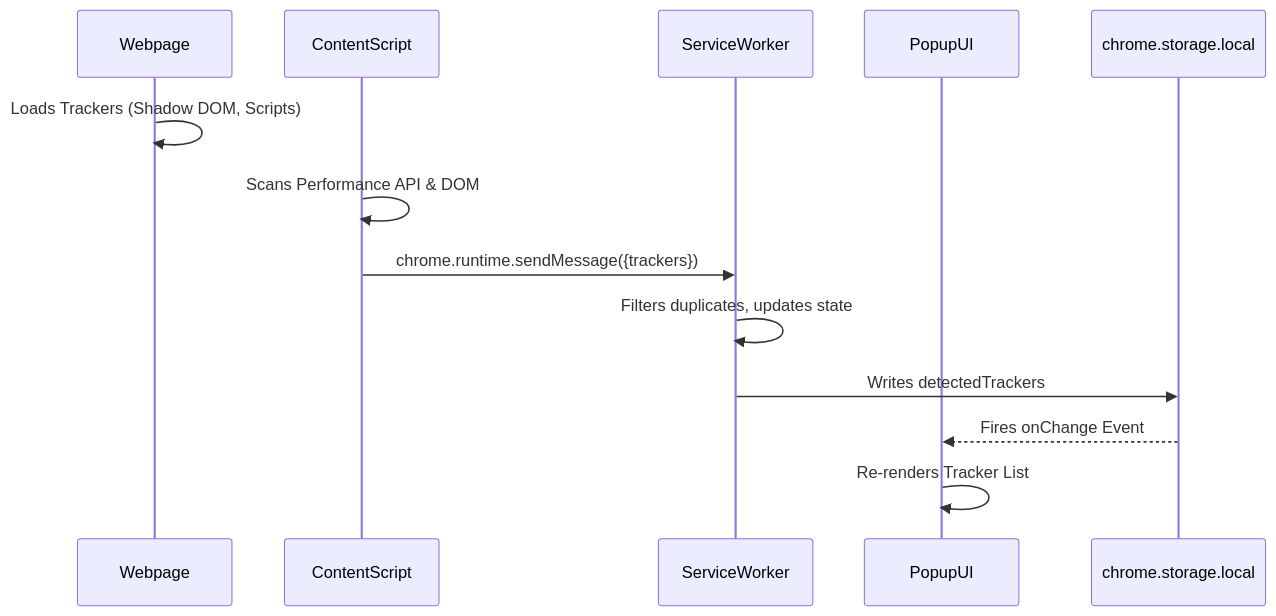
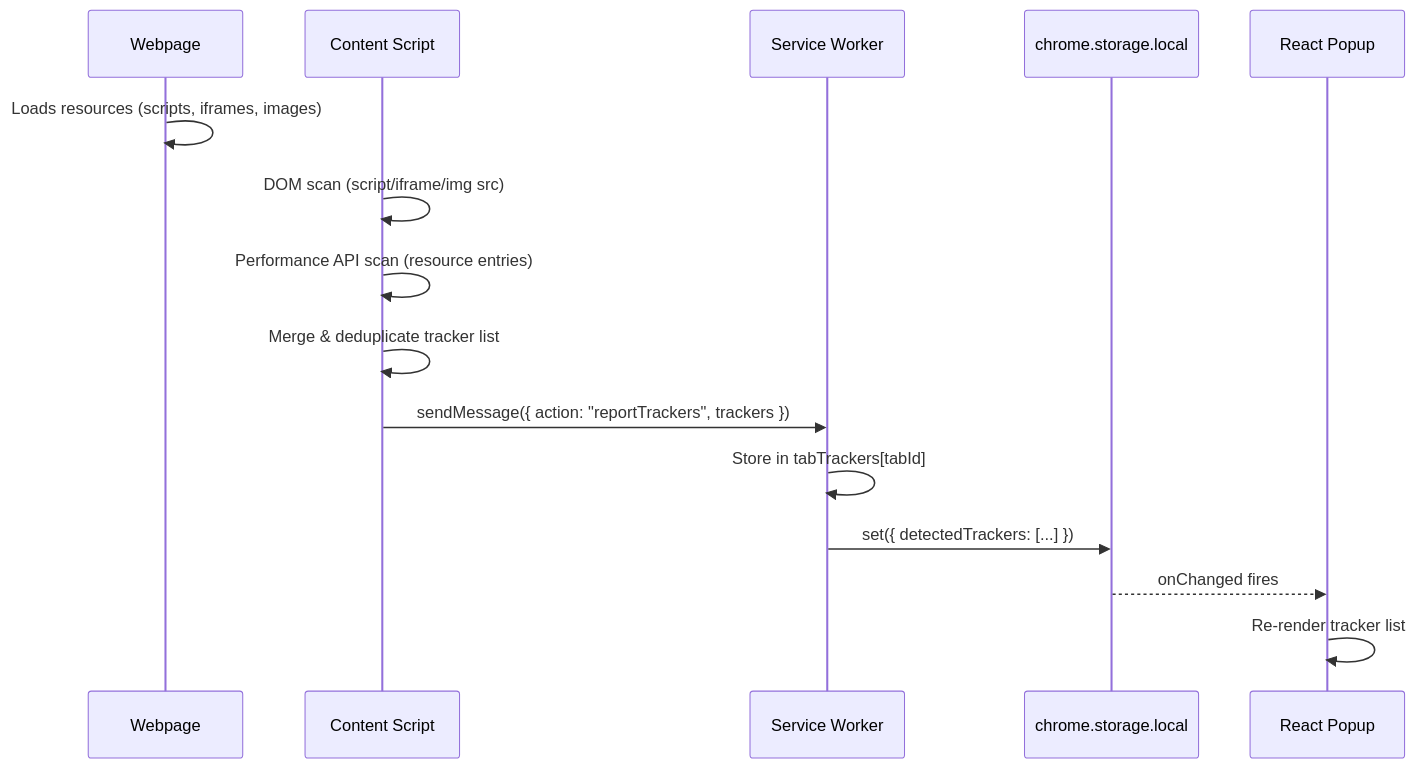
One commit to unmukta/UbiquiShield changed the third of 14 diagrams in ARCHITECTURE.md. Above: the diagram before and after it, drawn with Mermaid. The commit also changed other lines of this file and 3 other files, not shown here.

````diff
--- a/ARCHITECTURE.md
+++ b/ARCHITECTURE.md
@@ -77,15 +567,18 @@
 ```mermaid
 sequenceDiagram
-    participant Webpage
-    participant ContentScript
-    participant ServiceWorker
-    participant PopupUI
+    participant Page as Webpage
+    participant CS as Content Script
+    participant SW as Service Worker
+    participant Storage as chrome.storage.local
+    participant Popup as React Popup
 
-    Webpage->>Webpage: Loads Trackers (Shadow DOM, Scripts)
-    ContentScript->>ContentScript: Scans Performance API & DOM
-    ContentScript->>ServiceWorker: chrome.runtime.sendMessage({trackers})
-    ServiceWorker->>ServiceWorker: Filters duplicates, updates state
-    ServiceWorker->>chrome.storage.local: Writes detectedTrackers
-    chrome.storage.local-->>PopupUI: Fires onChange Event
-    PopupUI->>PopupUI: Re-renders Tracker List
+    Page->>Page: Loads resources (scripts, iframes, images)
+    CS->>CS: DOM scan (script/iframe/img src)
+    CS->>CS: Performance API scan (resource entries)
+    CS->>CS: Merge & deduplicate tracker list
+    CS->>SW: sendMessage({ action: "reportTrackers", trackers })
+    SW->>SW: Store in tabTrackers[tabId]
+    SW->>Storage: set({ detectedTrackers: [...] })
+    Storage-->>Popup: onChanged fires
+    Popup->>Popup: Re-render tracker list
 ```
````
